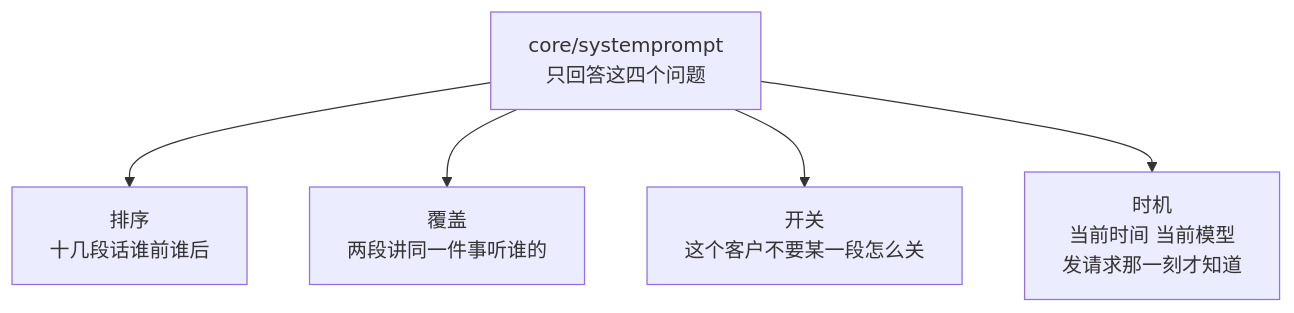
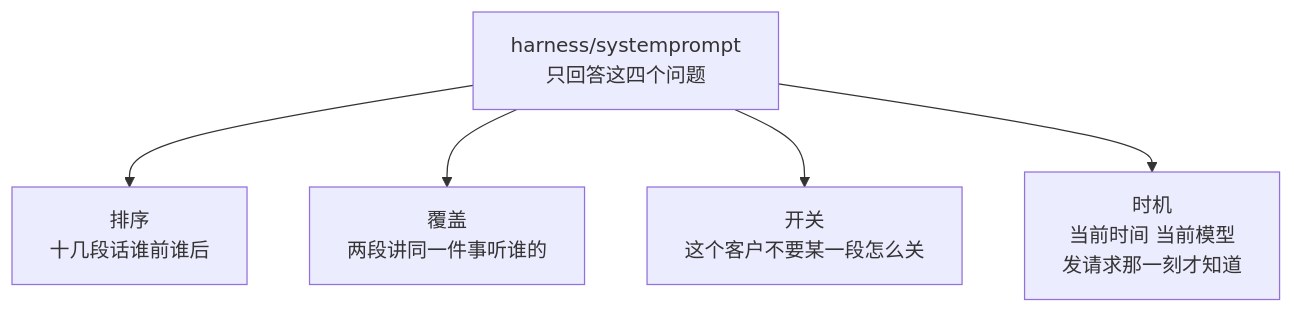
The second of 20 diagrams in docs/modules/systemprompt.md (snight1983/ds-harness-go), drawn with Mermaid before and after one commit. The commit also changed other lines of this file and 1281 other files, not shown here.

````diff
--- a/docs/modules/systemprompt.md
+++ b/docs/modules/systemprompt.md
@@ -29,8 +29,8 @@
 ```mermaid
 flowchart TD
-    P["core/systemprompt<br/>只回答这四个问题"]
+    P["harness/systemprompt<br/>只回答这四个问题"]
     P --> Q1["排序<br/>十几段话谁前谁后"]
     P --> Q2["覆盖<br/>两段讲同一件事听谁的"]
     P --> Q3["开关<br/>这个客户不要某一段怎么关"]
     P --> Q4["时机<br/>当前时间 当前模型<br/>发请求那一刻才知道"]
 ```
````
